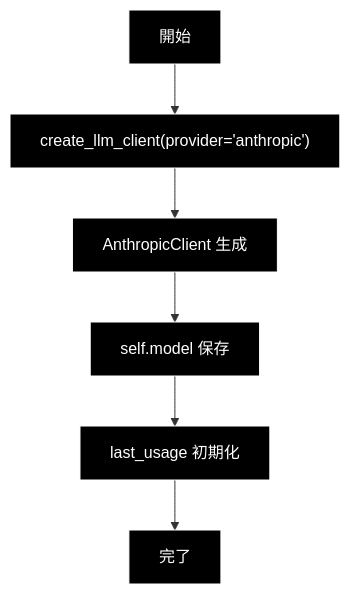
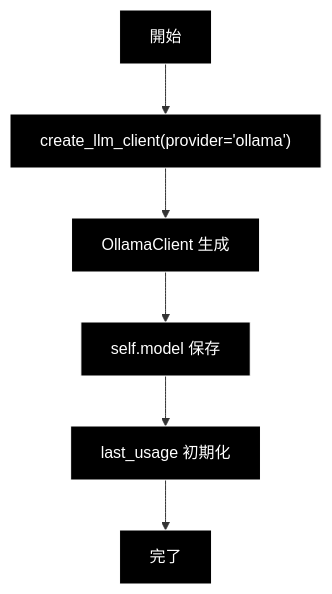
The third of 6 diagrams in qa_generation/docs/smart_qa_generator.md (nakashima2toshio/grace_v2_local), drawn with Mermaid before and after one commit. The commit also changed other lines of this file and 12 other files, not shown here.

First line of the commit message:
docs: 実装と食い違う Anthropic 表記を Ollama へ是正する

````diff
--- a/qa_generation/docs/smart_qa_generator.md
+++ b/qa_generation/docs/smart_qa_generator.md
@@ -215,11 +215,11 @@
 ```mermaid
 flowchart TD
-    A[開始] --> B["create_llm_client(provider='anthropic')"]
-    B --> C[AnthropicClient 生成]
+    A[開始] --> B["create_llm_client(provider='ollama')"]
+    B --> C[OllamaClient 生成]
     C --> D[self.model 保存]
     D --> E["last_usage 初期化"]
     E --> F[完了]
 classDef default fill:#000,stroke:#fff,color:#fff
 classDef subgraphStyle fill:#1a1a1a,stroke:#fff,color:#fff
 class A,B,C,D,E,F default
 ```
````
